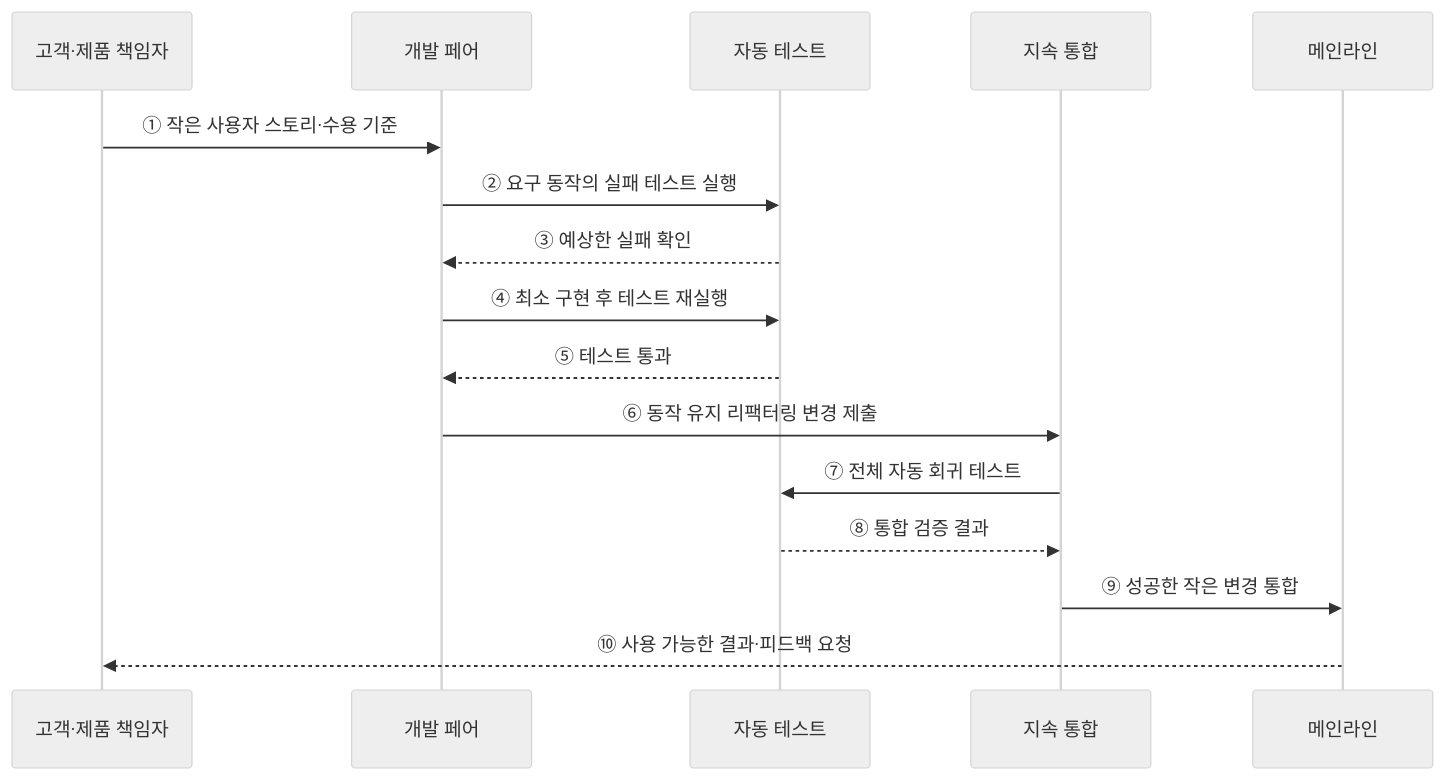
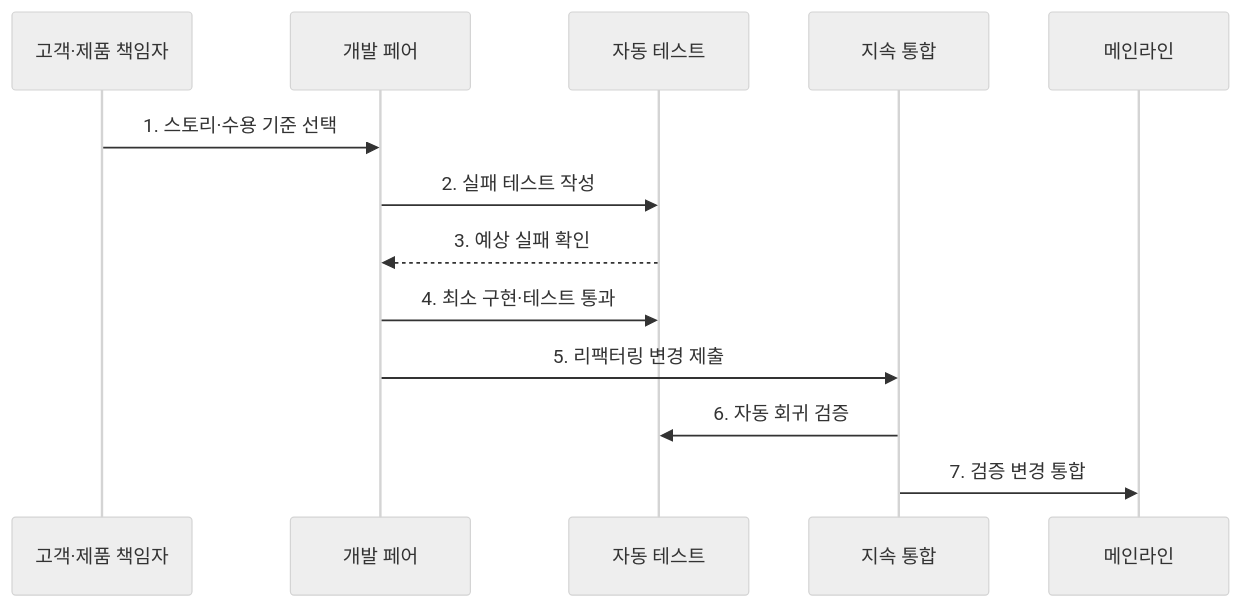
One commit to agnusdei1207/knowledge-base changed the second of 2 diagrams in src/content/docs/notes/03-software/034_extreme_programming.md. Above: the diagram before and after it, drawn with Mermaid (neutral theme). The commit also changed other lines of this file and 20 other files, not shown here.

````diff
--- a/src/content/docs/notes/03-software/034_extreme_programming.md
+++ b/src/content/docs/notes/03-software/034_extreme_programming.md
@@ -85,19 +83,16 @@
 ```mermaid
 sequenceDiagram
     participant C as 고객·제품 책임자
     participant P as 개발 페어
     participant T as 자동 테스트
     participant I as 지속 통합
     participant M as 메인라인
 
-    C->>P: ① 작은 사용자 스토리·수용 기준
-    P->>T: ② 요구 동작의 실패 테스트 실행
-    T-->>P: ③ 예상한 실패 확인
-    P->>T: ④ 최소 구현 후 테스트 재실행
-    T-->>P: ⑤ 테스트 통과
-    P->>I: ⑥ 동작 유지 리팩터링 변경 제출
-    I->>T: ⑦ 전체 자동 회귀 테스트
-    T-->>I: ⑧ 통합 검증 결과
-    I->>M: ⑨ 성공한 작은 변경 통합
-    M-->>C: ⑩ 사용 가능한 결과·피드백 요청
+    C->>P: 1. 스토리·수용 기준 선택
+    P->>T: 2. 실패 테스트 작성
+    T-->>P: 3. 예상 실패 확인
+    P->>T: 4. 최소 구현·테스트 통과
+    P->>I: 5. 리팩터링 변경 제출
+    I->>T: 6. 자동 회귀 검증
+    I->>M: 7. 검증 변경 통합
 ```
````
